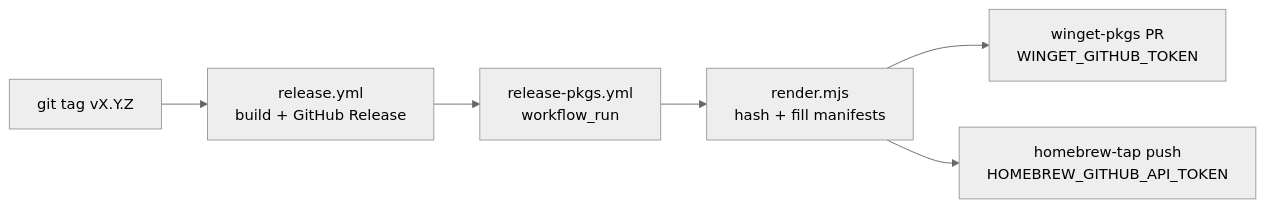
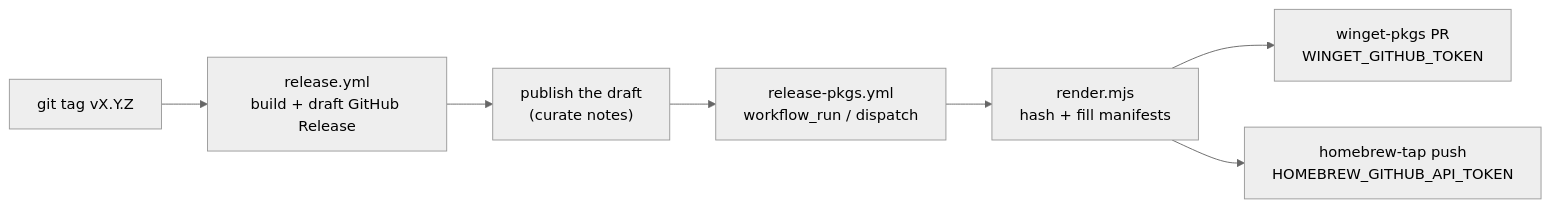
One commit to code-with-current/tide changed the diagram in packaging/README.md. Above: the diagram before and after it, drawn with Mermaid (neutral theme). The commit also changed other lines of this file and 266 other files, not shown here.

````diff
--- a/packaging/README.md
+++ b/packaging/README.md
@@ -69,8 +81,9 @@
 ```mermaid
 flowchart LR
-  Tag["git tag vX.Y.Z"] --> Rel["release.yml<br/>build + GitHub Release"]
-  Rel --> Run["release-pkgs.yml<br/>workflow_run"]
+  Tag["git tag vX.Y.Z"] --> Rel["release.yml<br/>build + draft GitHub Release"]
+  Rel --> Pub["publish the draft<br/>(curate notes)"]
+  Pub --> Run["release-pkgs.yml<br/>workflow_run / dispatch"]
   Run --> Rnd["render.mjs<br/>hash + fill manifests"]
   Rnd --> W["winget-pkgs PR<br/>WINGET_GITHUB_TOKEN"]
   Rnd --> B["homebrew-tap push<br/>HOMEBREW_GITHUB_API_TOKEN"]
 ```
````
